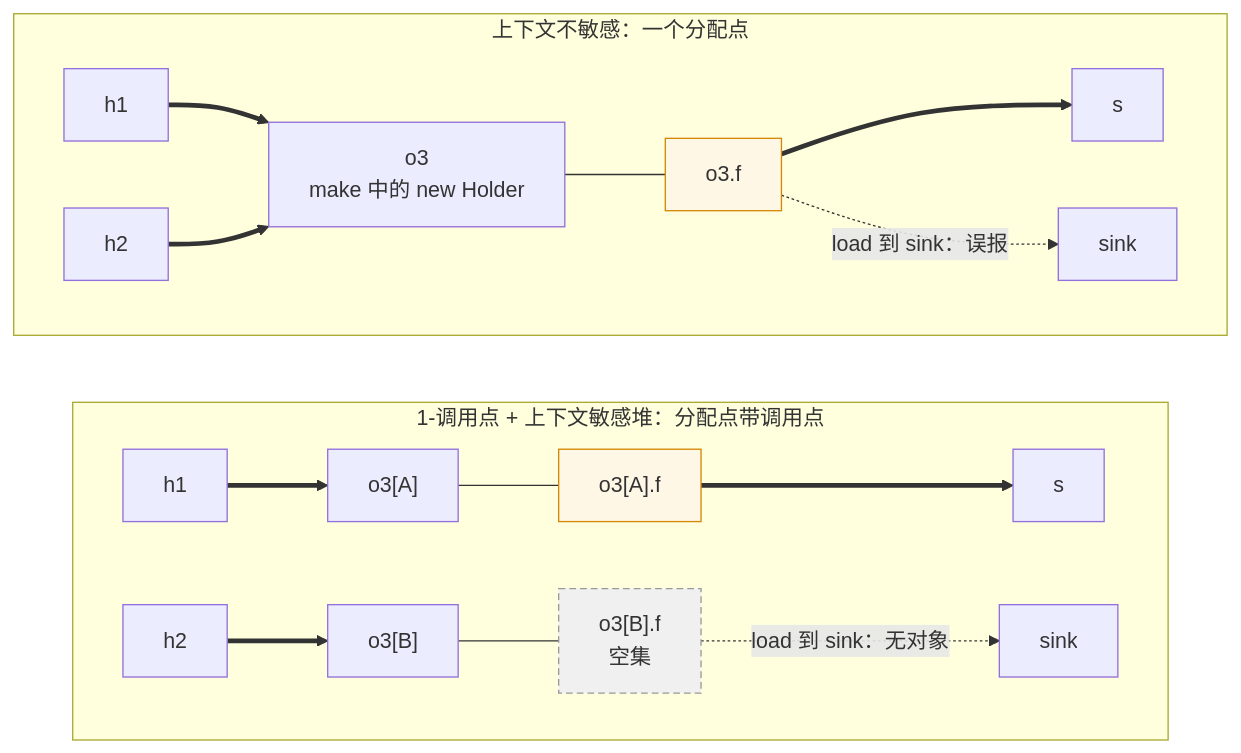
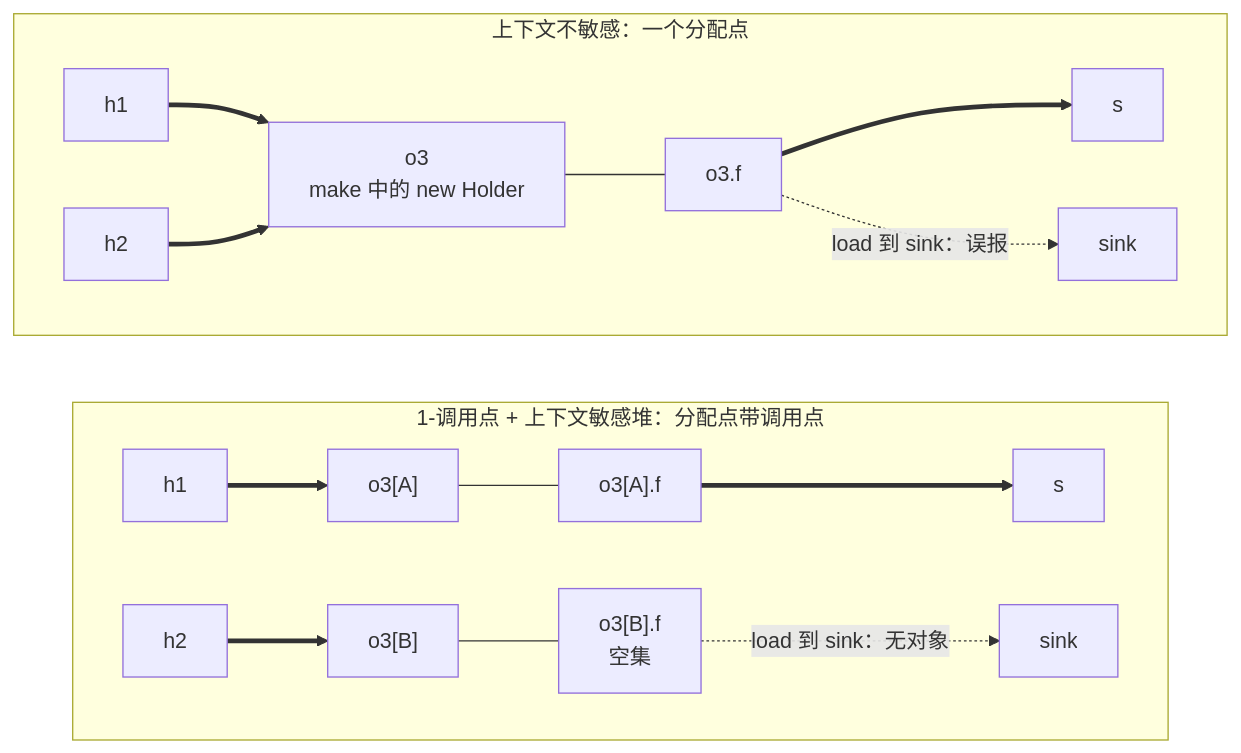
Before and after one commit to Scrates1/Scrates1.github.io: the diagram in src/static-analysis/assets/11-series-2.mmd, drawn with Mermaid. The commit also changed 70 other files, not shown here.

First line of the commit message:
静态分析系列的图改为暖调蓝图风格，并提供日夜两版。

```diff
--- a/src/static-analysis/assets/11-series-2.mmd
+++ b/src/static-analysis/assets/11-series-2.mmd
@@ -1,23 +1,23 @@
 flowchart LR
   subgraph CS[1-调用点 + 上下文敏感堆：分配点带调用点]
     direction LR
     g1[h1] ==> oA["o3[A]"]
     g2[h2] ==> oB["o3[B]"]
     oA --- oAf["o3[A].f"]
     oB --- oBf["o3[B].f
 空集"]
     oAf ==> s2["s"]
     oBf -.->|"load 到 sink：无对象"| k2[sink]
   end
   subgraph CI[上下文不敏感：一个分配点]
     direction LR
     h1[h1] ==> o3["o3
 make 中的 new Holder"]
     h2[h2] ==> o3
     o3 --- o3f["o3.f"]
     o3f ==> s1["s"]
     o3f -.->|"load 到 sink：误报"| k1[sink]
   end
-  style o3f fill:#fff7e6,stroke:#d48806
-  style oAf fill:#fff7e6,stroke:#d48806
-  style oBf fill:#f0f0f0,stroke:#999999,stroke-dasharray:5 3
+  class oA,oB,o3,s1,s2 object
+  class o3f,oAf field
+  class oBf aux
```
